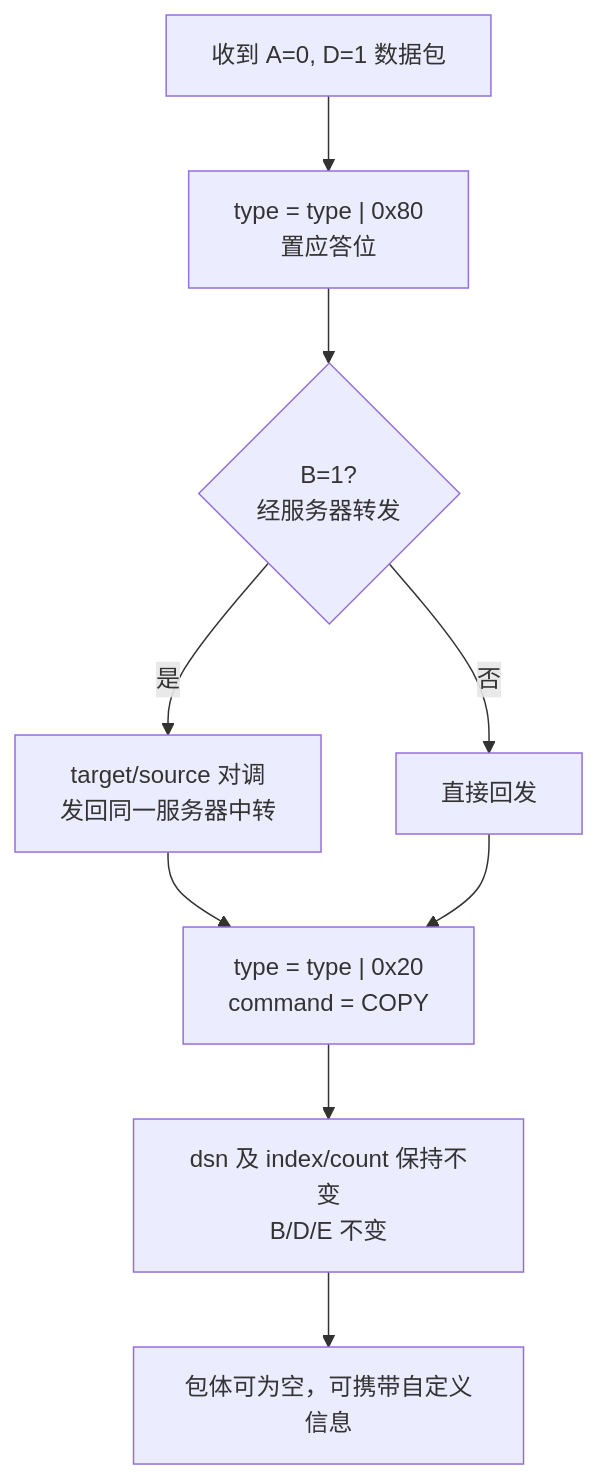
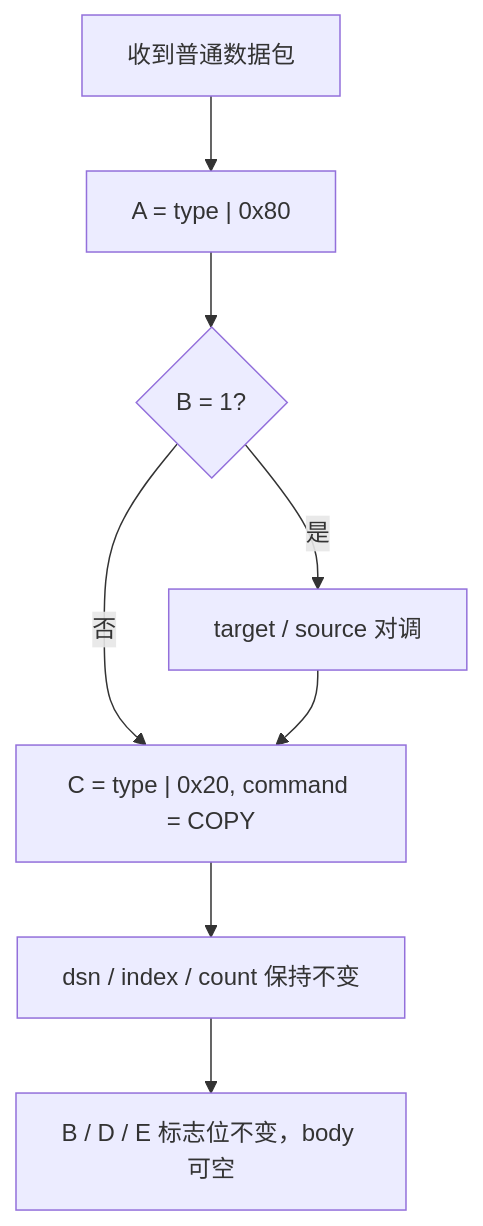
The fourth of 4 diagrams in docs/design-workflow.zh-CN.md (moky/magpie-bridge), drawn with Mermaid before and after one commit. The commit also changed other lines of this file and 9 other files, not shown here.

````diff
--- a/docs/design-workflow.zh-CN.md
+++ b/docs/design-workflow.zh-CN.md
@@ -147,11 +79,10 @@
 ```mermaid
 flowchart TD
-    P[收到 A=0, D=1 数据包] --> A["type = type | 0x80<br/>置应答位"]
-    A --> B{B=1?<br/>经服务器转发}
-    B -- 是 --> S[target/source 对调<br/>发回同一服务器中转]
-    B -- 否 --> C[直接回发]
-    S --> K["type = type | 0x20<br/>command = COPY"]
-    C --> K
-    K --> D[dsn 及 index/count 保持不变<br/>B/D/E 不变]
-    D --> E[包体可为空，可携带自定义信息]
+    R["收到普通数据包"] --> A1["A = type | 0x80"]
+    A1 --> B1{"B = 1?"}
+    B1 -- "是" --> SW["target / source 对调"]
+    B1 -- "否" --> C1
+    SW --> C1["C = type | 0x20, command = COPY"]
+    C1 --> D1["dsn / index / count 保持不变"]
+    D1 --> E1["B / D / E 标志位不变，body 可空"]
 ```
````
